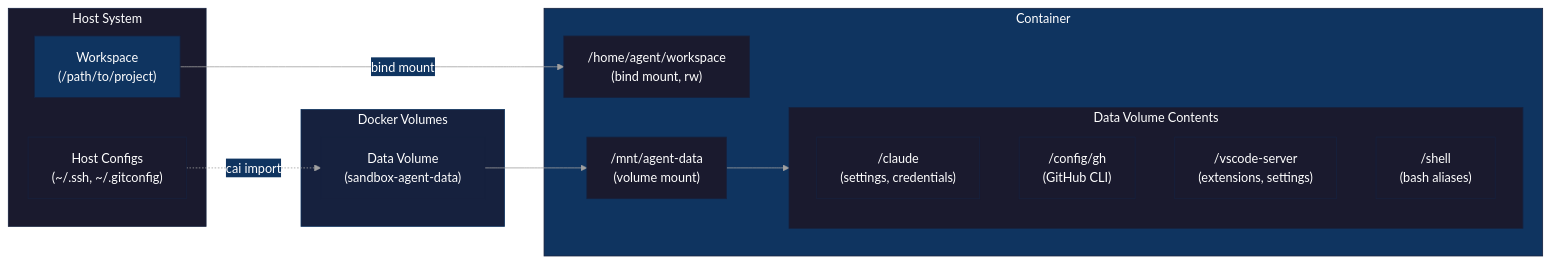
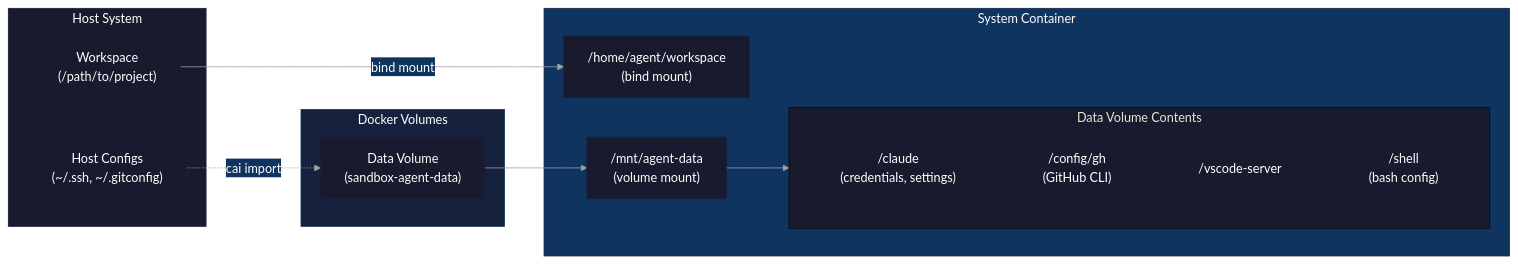
One commit to novotnyllc/ContainAI changed the tenth of 11 diagrams in docs/architecture.md. Above: the diagram before and after it, drawn with Mermaid. The commit also changed other lines of this file, not shown here.

First line of the commit message:
docs(architecture): rewrite with system container architecture

````diff
--- a/docs/architecture.md
+++ b/docs/architecture.md
@@ -309,45 +560,42 @@
 ```mermaid
 %%{init: {'theme': 'base', 'themeVariables': {
   'primaryColor': '#1a1a2e',
   'primaryTextColor': '#ffffff',
   'primaryBorderColor': '#16213e',
   'secondaryColor': '#0f3460',
   'tertiaryColor': '#1a1a2e',
   'lineColor': '#a0a0a0',
   'textColor': '#ffffff',
   'background': '#0d1117'
 }}}%%
 flowchart LR
     subgraph Host["Host System"]
         Workspace["Workspace<br/>(/path/to/project)"]
         HostConfigs["Host Configs<br/>(~/.ssh, ~/.gitconfig)"]
     end
 
     subgraph Volumes["Docker Volumes"]
         DataVol["Data Volume<br/>(sandbox-agent-data)"]
     end
 
-    subgraph Container["Container"]
-        WorkMount["/home/agent/workspace<br/>(bind mount, rw)"]
+    subgraph Container["System Container"]
+        WorkMount["/home/agent/workspace<br/>(bind mount)"]
         DataMount["/mnt/agent-data<br/>(volume mount)"]
 
         subgraph DataStructure["Data Volume Contents"]
-            Claude["/claude<br/>(settings, credentials)"]
+            Claude["/claude<br/>(credentials, settings)"]
             GH["/config/gh<br/>(GitHub CLI)"]
-            VSCode["/vscode-server<br/>(extensions, settings)"]
-            Shell["/shell<br/>(bash aliases)"]
+            VSCode["/vscode-server"]
+            Shell["/shell<br/>(bash config)"]
         end
     end
 
     Workspace -->|"bind mount"| WorkMount
     DataVol --> DataMount
     DataMount --> DataStructure
     HostConfigs -.->|"cai import"| DataVol
 
     style Host fill:#1a1a2e,stroke:#16213e,color:#fff
     style Volumes fill:#16213e,stroke:#0f3460,color:#fff
     style Container fill:#0f3460,stroke:#16213e,color:#fff
-    style DataStructure fill:#1a1a2e,stroke:#16213e,color:#fff
-    style DataVol fill:#16213e,stroke:#16213e,color:#fff
-    style Workspace fill:#0f3460,stroke:#16213e,color:#fff
 ```
````
